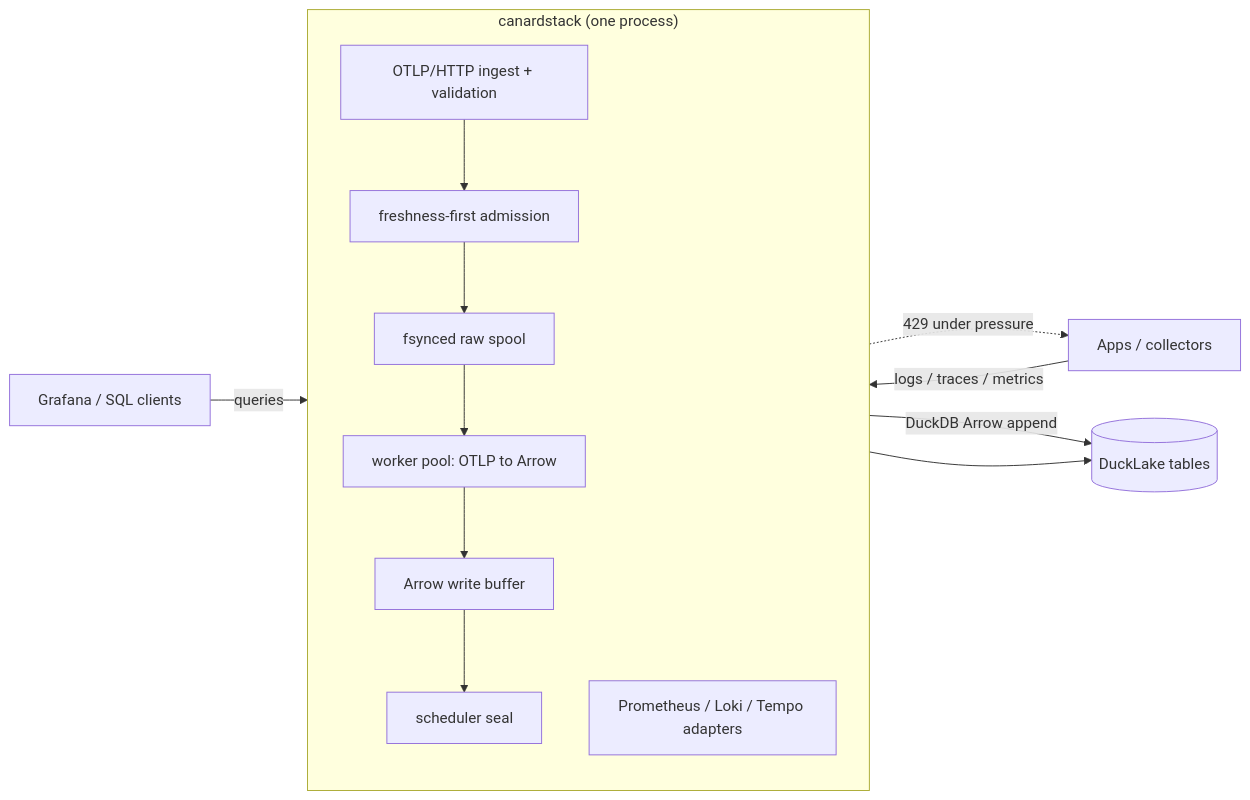
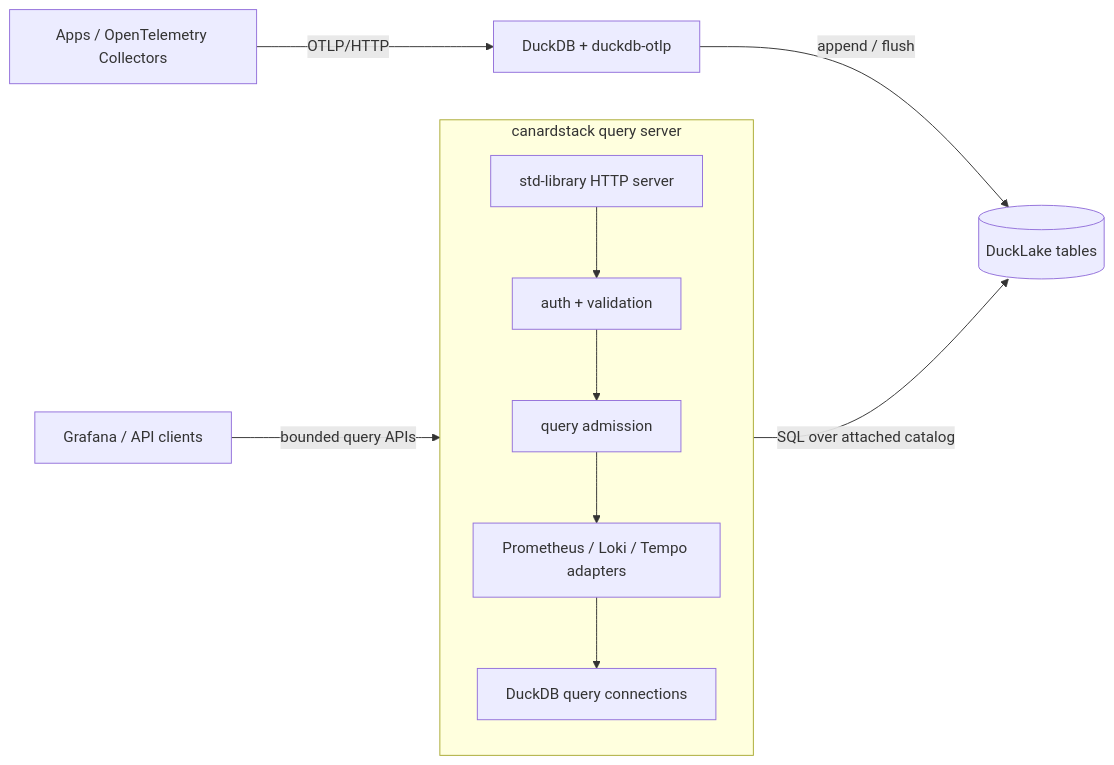
One commit to smithclay/canardstack changed the diagram in site/src/content/docs/architecture.md. Above: the diagram before and after it, drawn with Mermaid. The commit also changed other lines of this file and 11 other files, not shown here.

````diff
--- a/site/src/content/docs/architecture.md
+++ b/site/src/content/docs/architecture.md
@@ -11,28 +10,26 @@
 ```mermaid
 flowchart LR
-    Apps["Apps / collectors"]
-    Clients["Grafana / SQL clients"]
+    Producers["Apps / OpenTelemetry Collectors"]
+    Writer["DuckDB + duckdb-otlp"]
+    Lake[("DuckLake tables")]
+    Clients["Grafana / API clients"]
 
-    subgraph Canardstack["canardstack (one process)"]
+    subgraph Canardstack["canardstack query server"]
         direction TB
-        Ingest["OTLP/HTTP ingest + validation"]
-        Admission["freshness-first admission"]
-        Spool["fsynced raw spool"]
-        Workers["worker pool: OTLP to Arrow"]
-        Buffer["Arrow write buffer"]
-        Seal["scheduler seal"]
+        Http["std-library HTTP server"]
+        Auth["auth + validation"]
+        Admission["query admission"]
         Adapters["Prometheus / Loki / Tempo adapters"]
+        DuckDB["DuckDB query connections"]
 
-        Ingest --> Admission
-        Admission --> Spool
-        Spool --> Workers
-        Workers --> Buffer
-        Buffer --> Seal
+        Http --> Auth
+        Auth --> Admission
+        Admission --> Adapters
+        Adapters --> DuckDB
     end
 
-    Apps -->|logs / traces / metrics| Ingest
-    Admission -.->|429 under pressure| Apps
-    Seal -->|DuckDB Arrow append| Lake[("DuckLake tables")]
-    Adapters --> Lake
-    Clients -->|queries| Adapters
+    Producers -->|"OTLP/HTTP"| Writer
+    Writer -->|"append / flush"| Lake
+    Clients -->|"bounded query APIs"| Http
+    DuckDB -->|"SQL over attached catalog"| Lake
 ```
````
